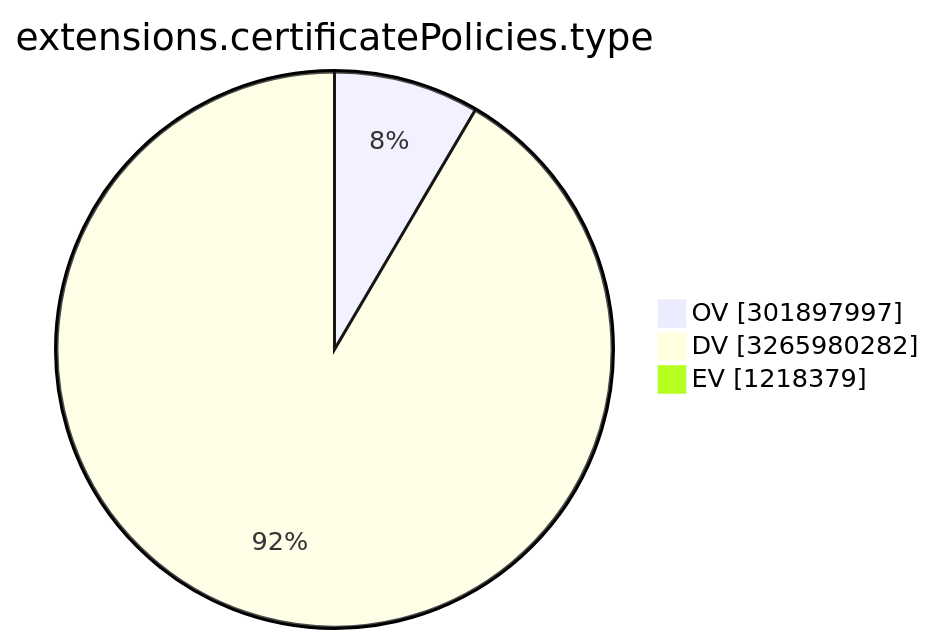
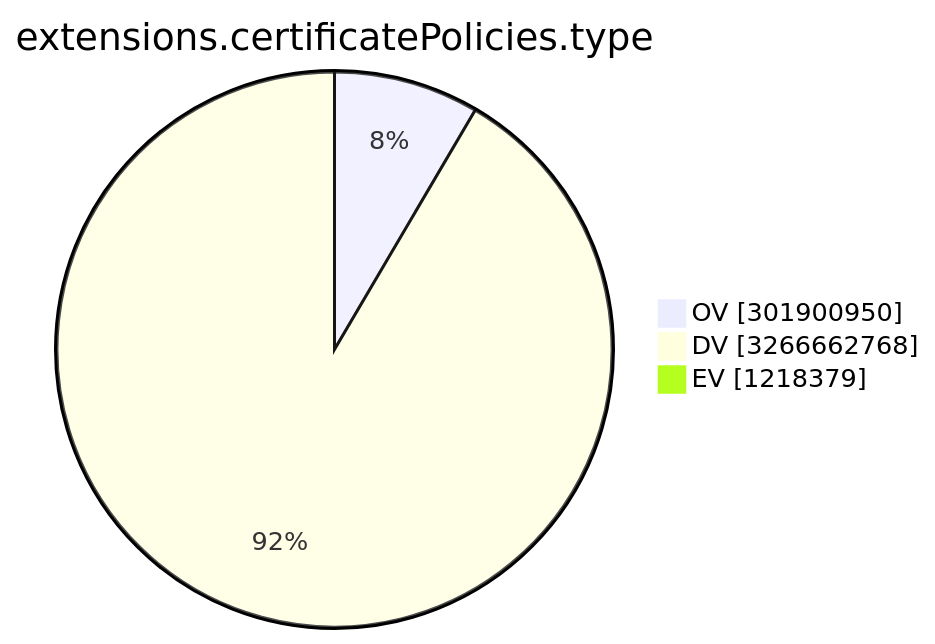
The ninth of 15 diagrams in TOTAL/README.md (christiankrug/ctmonitor_visualization), drawn with Mermaid before and after one commit. The commit also changed other lines of this file, not shown here.

````diff
--- a/TOTAL/README.md
+++ b/TOTAL/README.md
@@ -3107,7 +3107,7 @@
 ```mermaid
 pie showData
 title extensions.certificatePolicies.type
-"OV" :301897997
-"DV" :3265980282
+"OV" :301900950
+"DV" :3266662768
 "EV" :1218379
 ```
````
